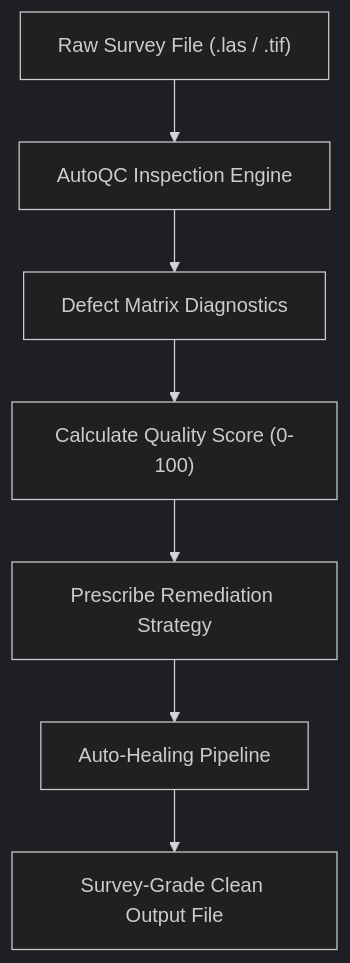
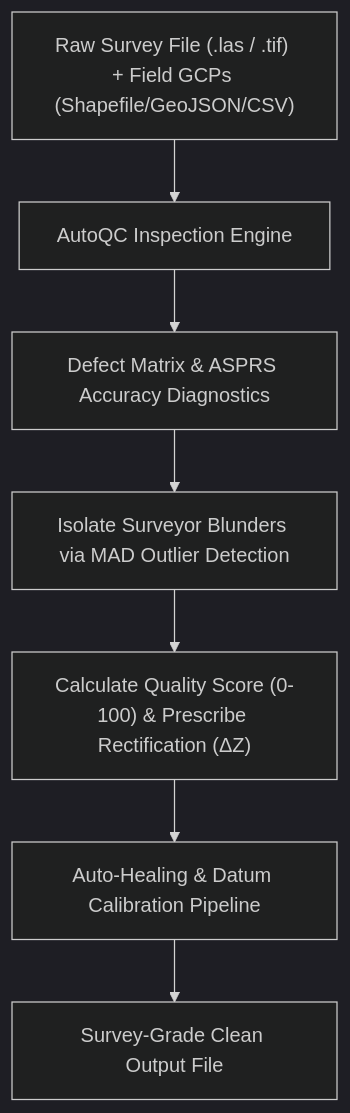
One commit to SammyGIS/dronegeo changed the diagram in docs/autoqc.md. Above: the diagram before and after it, drawn with Mermaid (dark theme). The commit also changed other lines of this file and 15 other files, not shown here.

````diff
--- a/docs/autoqc.md
+++ b/docs/autoqc.md
@@ -21,9 +23,9 @@
 ```mermaid
 graph TD
-    A["Raw Survey File (.las / .tif)"] --> B["AutoQC Inspection Engine"]
-    B --> C["Defect Matrix Diagnostics"]
-    C --> D["Calculate Quality Score (0-100)"]
-    D --> E["Prescribe Remediation Strategy"]
-    E --> F["Auto-Healing Pipeline"]
+    A["Raw Survey File (.las / .tif) + Field GCPs (Shapefile/GeoJSON/CSV)"] --> B["AutoQC Inspection Engine"]
+    B --> C["Defect Matrix & ASPRS Accuracy Diagnostics"]
+    C --> D["Isolate Surveyor Blunders via MAD Outlier Detection"]
+    D --> E["Calculate Quality Score (0-100) & Prescribe Rectification (ΔZ)"]
+    E --> F["Auto-Healing & Datum Calibration Pipeline"]
     F --> G["Survey-Grade Clean Output File"]
 ```
````
